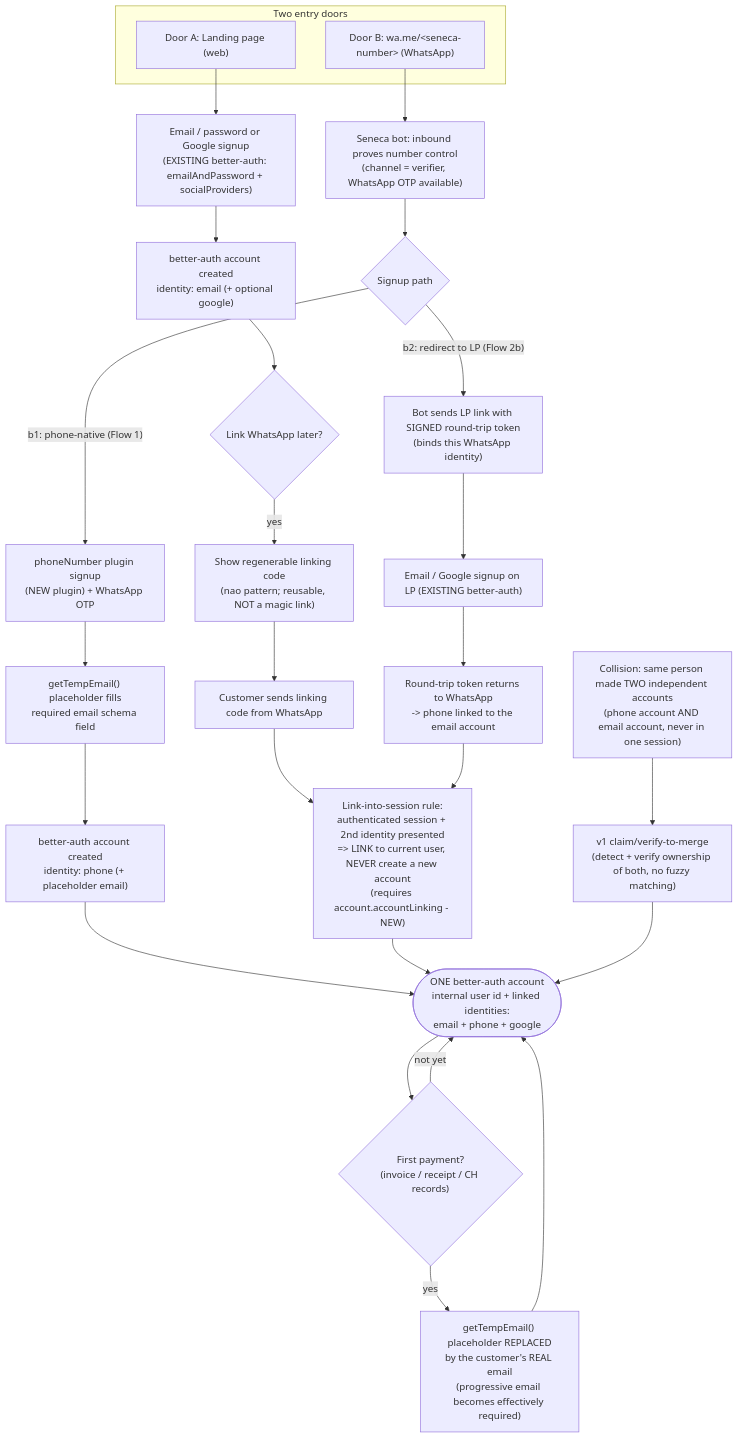
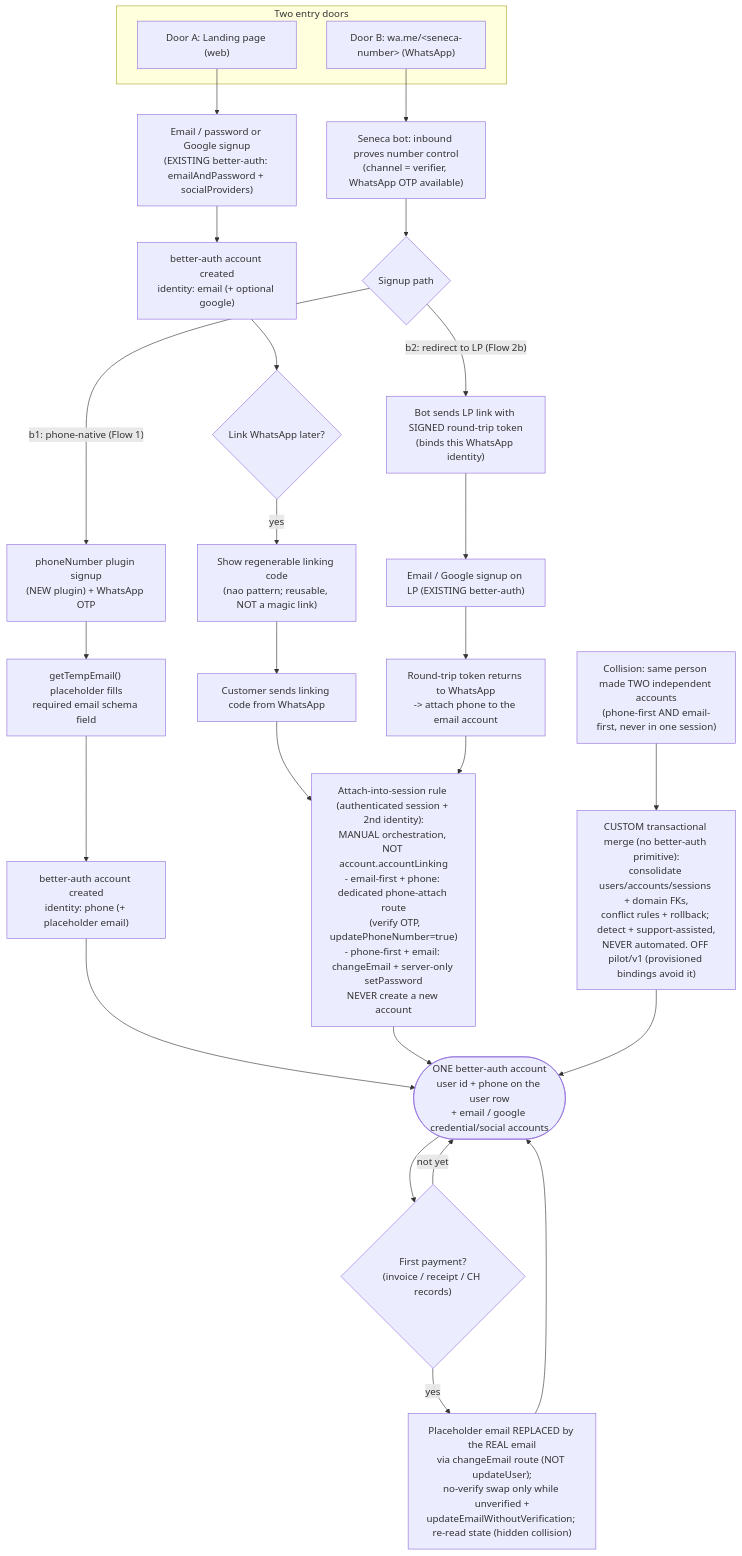
Before and after one commit to hachej/boring-ui: the diagram in docs/issues/1127/plan-whatsapp.md, drawn with Mermaid. The commit also changed other lines of this file, not shown here.

First line of the commit message:
docs(1127): correct §6.6 identity with better-auth spike findings

````diff
--- a/docs/issues/1127/plan-whatsapp.md
+++ b/docs/issues/1127/plan-whatsapp.md
@@ -1160,48 +1209,48 @@
 ```mermaid
 flowchart TD
     subgraph doors["Two entry doors"]
         LP["Door A: Landing page (web)"]
         WA["Door B: wa.me/&lt;seneca-number&gt; (WhatsApp)"]
     end
 
     %% ---- Door A: web-first (EXISTING better-auth) ----
     LP --> A1["Email / password or Google signup<br/>(EXISTING better-auth: emailAndPassword + socialProviders)"]
     A1 --> A2["better-auth account created<br/>identity: email (+ optional google)"]
     A2 --> A3{"Link WhatsApp later?"}
     A3 -->|"yes"| A4["Show regenerable linking code<br/>(nao pattern; reusable, NOT a magic link)"]
     A4 --> A5["Customer sends linking code from WhatsApp"]
     A5 --> LINK
 
     %% ---- Door B: WhatsApp-first ----
     WA --> B0["Seneca bot: inbound proves number control<br/>(channel = verifier, WhatsApp OTP available)"]
     B0 --> BQ{"Signup path"}
 
     %% b1: phone-native
     BQ -->|"b1: phone-native (Flow 1)"| B1a["phoneNumber plugin signup<br/>(NEW plugin) + WhatsApp OTP"]
     B1a --> B1b["getTempEmail() placeholder fills<br/>required email schema field"]
     B1b --> B1c["better-auth account created<br/>identity: phone (+ placeholder email)"]
     B1c --> CONV
 
     %% b2: round-trip to LP for email signup
     BQ -->|"b2: redirect to LP (Flow 2b)"| B2a["Bot sends LP link with SIGNED round-trip token<br/>(binds this WhatsApp identity)"]
     B2a --> B2b["Email / Google signup on LP (EXISTING better-auth)"]
-    B2b --> B2c["Round-trip token returns to WhatsApp<br/>-> phone linked to the email account"]
+    B2b --> B2c["Round-trip token returns to WhatsApp<br/>-> attach phone to the email account"]
     B2c --> LINK
 
     %% ---- Reconciliation ----
-    LINK["Link-into-session rule:<br/>authenticated session + 2nd identity presented<br/>=> LINK to current user, NEVER create a new account<br/>(requires account.accountLinking - NEW)"]
+    LINK["Attach-into-session rule (authenticated session + 2nd identity):<br/>MANUAL orchestration, NOT account.accountLinking<br/>- email-first + phone: dedicated phone-attach route<br/>&nbsp;&nbsp;(verify OTP, updatePhoneNumber=true)<br/>- phone-first + email: changeEmail + server-only setPassword<br/>NEVER create a new account"]
     LINK --> CONV
 
-    CONV(["ONE better-auth account<br/>internal user id + linked identities:<br/>email + phone + google"])
+    CONV(["ONE better-auth account<br/>user id + phone on the user row<br/>+ email / google credential/social accounts"])
 
-    %% ---- Collision case ----
-    COL["Collision: same person made TWO independent accounts<br/>(phone account AND email account, never in one session)"]
-    COL --> MERGE["v1 claim/verify-to-merge<br/>(detect + verify ownership of both, no fuzzy matching)"]
+    %% ---- Collision case (NO better-auth primitive) ----
+    COL["Collision: same person made TWO independent accounts<br/>(phone-first AND email-first, never in one session)"]
+    COL --> MERGE["CUSTOM transactional merge (no better-auth primitive):<br/>consolidate users/accounts/sessions + domain FKs,<br/>conflict rules + rollback; detect + support-assisted,<br/>NEVER automated. OFF pilot/v1 (provisioned bindings avoid it)"]
     MERGE --> CONV
 
     %% ---- Placeholder email replacement ----
     CONV --> PAY{"First payment?<br/>(invoice / receipt / CH records)"}
-    PAY -->|"yes"| REPL["getTempEmail() placeholder REPLACED<br/>by the customer's REAL email<br/>(progressive email becomes effectively required)"]
+    PAY -->|"yes"| REPL["Placeholder email REPLACED by the REAL email<br/>via changeEmail route (NOT updateUser);<br/>no-verify swap only while unverified +<br/>updateEmailWithoutVerification; re-read state (hidden collision)"]
     REPL --> CONV
     PAY -->|"not yet"| CONV
 ```
````
